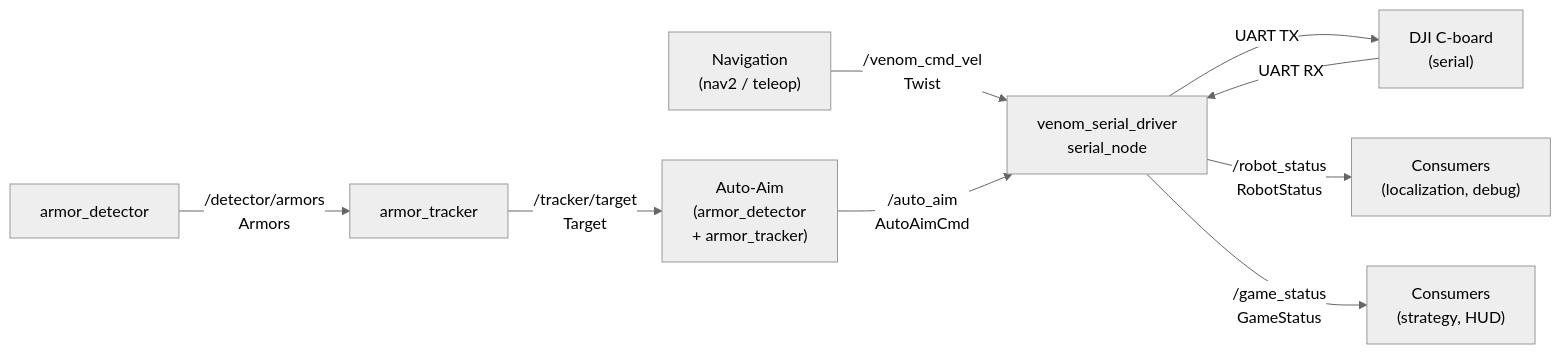
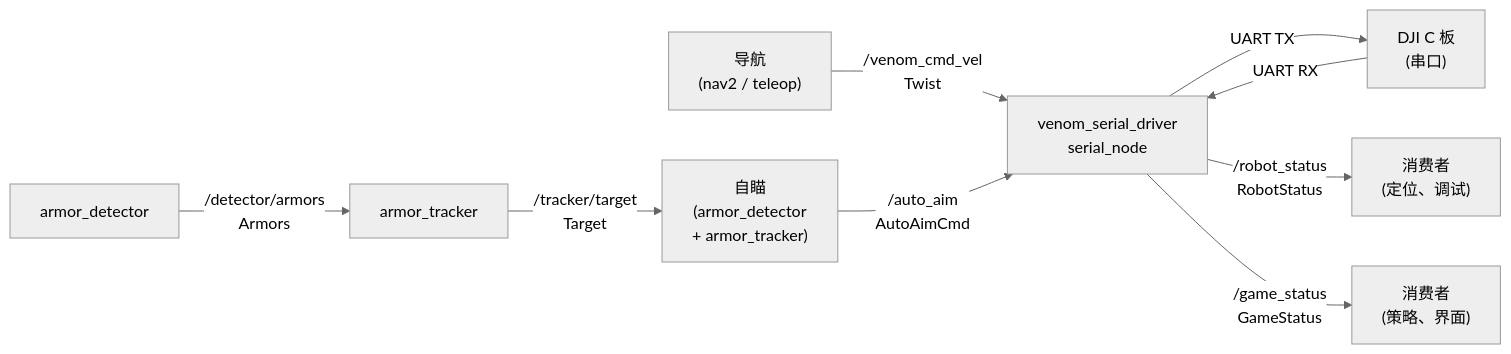
Before and after one commit to Venom-Algorithm/Venom_VNV: the diagram in docs/topics.md, drawn with Mermaid (neutral theme). The commit also changed other lines of this file and 11 other files, not shown here.

````diff
--- a/docs/topics.md
+++ b/docs/topics.md
@@ -14,17 +14,17 @@
 ```mermaid
 flowchart LR
-    nav["Navigation\n(nav2 / teleop)"]
-    aim["Auto-Aim\n(armor_detector\n+ armor_tracker)"]
+    nav["导航\n(nav2 / teleop)"]
+    aim["自瞄\n(armor_detector\n+ armor_tracker)"]
     serial["venom_serial_driver\nserial_node"]
-    cboard["DJI C-board\n(serial)"]
+    cboard["DJI C 板\n(串口)"]
 
     nav -->|"/venom_cmd_vel\nTwist"| serial
     aim -->|"/auto_aim\nAutoAimCmd"| serial
     serial -->|"UART TX"| cboard
     cboard -->|"UART RX"| serial
-    serial -->|"/robot_status\nRobotStatus"| consumers1["Consumers\n(localization, debug)"]
-    serial -->|"/game_status\nGameStatus"| consumers2["Consumers\n(strategy, HUD)"]
+    serial -->|"/robot_status\nRobotStatus"| consumers1["消费者\n(定位、调试)"]
+    serial -->|"/game_status\nGameStatus"| consumers2["消费者\n(策略、界面)"]
 
     aim_det["armor_detector"] -->|"/detector/armors\nArmors"| aim_trk["armor_tracker"]
     aim_trk -->|"/tracker/target\nTarget"| aim
 ```
````
